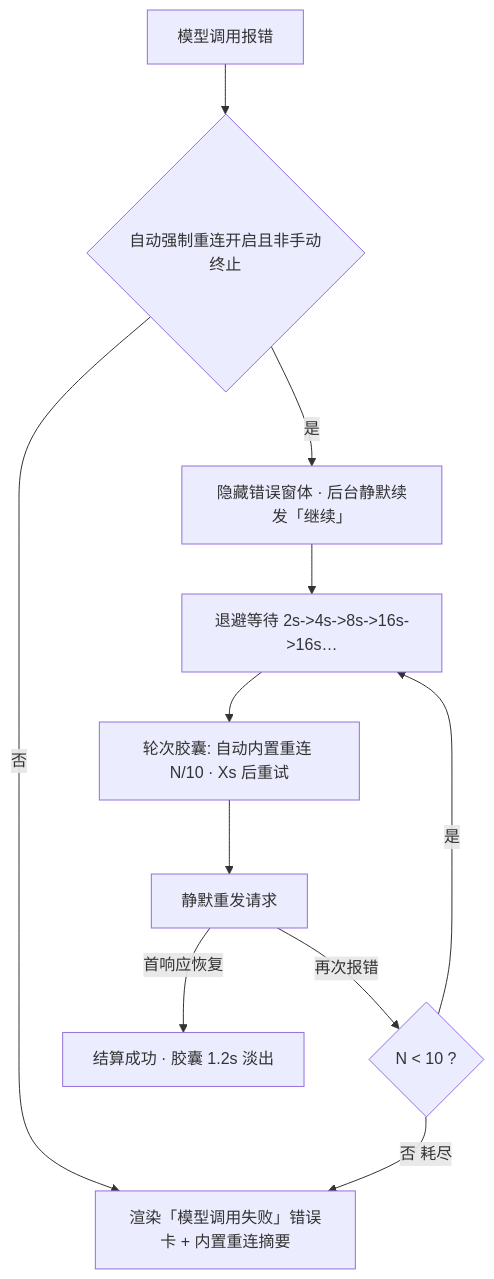
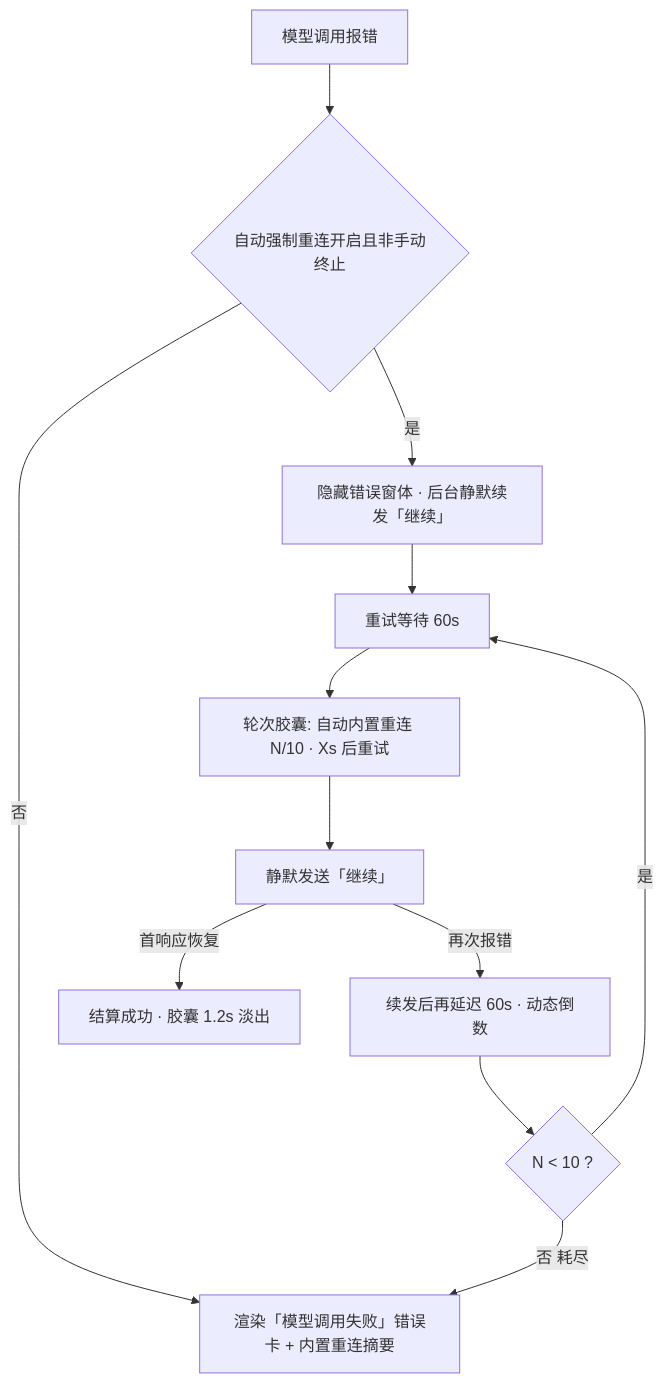
The first of 2 diagrams in .agents/skills/flow-interaction-pattern/SKILL.md (jiangyinluwei/pi-desktop-lite), drawn with Mermaid before and after one commit. The commit also changed other lines of this file and 108 other files, not shown here.

````diff
--- a/.agents/skills/flow-interaction-pattern/SKILL.md
+++ b/.agents/skills/flow-interaction-pattern/SKILL.md
@@ -150,13 +171,14 @@
 ```mermaid
 flowchart TD
     Err[模型调用报错] --> Gate{自动强制重连开启且非手动终止}
     Gate -->|否| Fallback[直接渲染错误卡]
     Gate -->|是| Silent[隐藏错误窗体 · 后台静默续发「继续」]
-    Silent --> Wait[退避等待 2s->4s->8s->16s->16s…]
+    Silent --> Wait[重试等待 60s]
     Wait --> Capsule[轮次胶囊: 自动内置重连 N/10 · Xs 后重试]
-    Capsule --> Send[静默重发请求]
+    Capsule --> Send[静默发送「继续」]
     Send -->|首响应恢复| Succeed[结算成功 · 胶囊 1.2s 淡出]
-    Send -->|再次报错| Next{N < 10 ?}
+    Send -->|再次报错| PostWait[续发后再延迟 60s · 动态倒数]
+    PostWait --> Next{N < 10 ?}
     Next -->|是| Wait
     Next -->|否 耗尽| Fallback[渲染「模型调用失败」错误卡 + 内置重连摘要]
 ```
````
